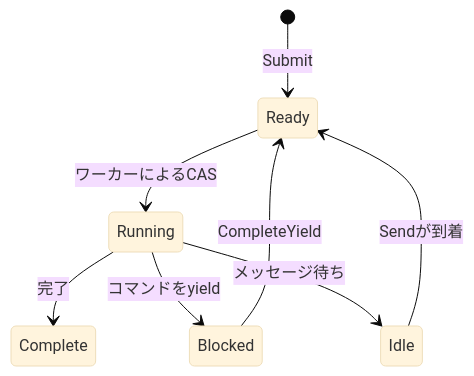
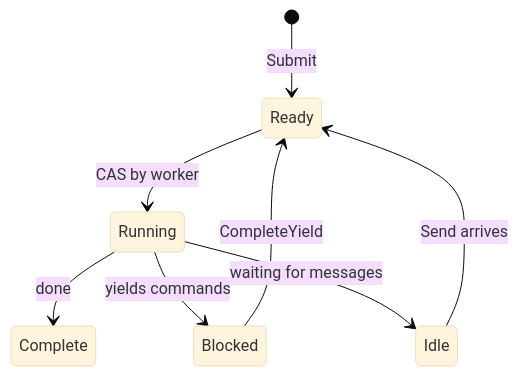
Before and after one commit to wippyai/docs: the second of 2 diagrams in ja/internals/scheduler.md, drawn with Mermaid (base theme). The commit also changed other lines of this file and 870 other files, not shown here.

````diff
--- a/ja/internals/scheduler.md
+++ b/ja/internals/scheduler.md
@@ -98,10 +100,10 @@
 ```mermaid
 stateDiagram-v2
     [*] --> Ready: Submit
-    Ready --> Running: ワーカーによるCAS
-    Running --> Complete: 完了
-    Running --> Blocked: コマンドをyield
-    Running --> Idle: メッセージ待ち
+    Ready --> Running: CAS by worker
+    Running --> Complete: done
+    Running --> Blocked: yields commands
+    Running --> Idle: waiting for messages
     Blocked --> Ready: CompleteYield
-    Idle --> Ready: Sendが到着
+    Idle --> Ready: Send arrives
 ```
````
